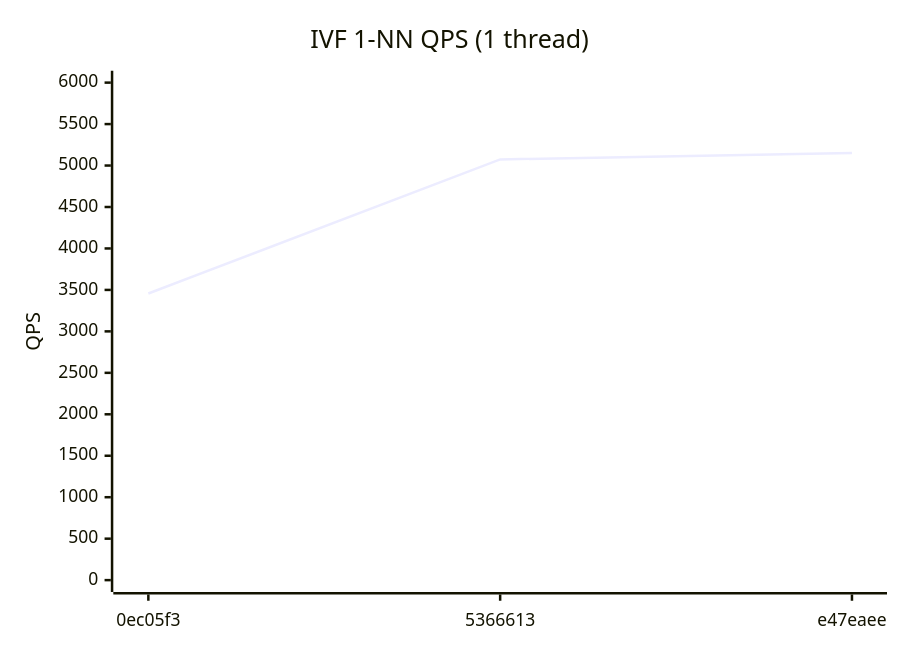
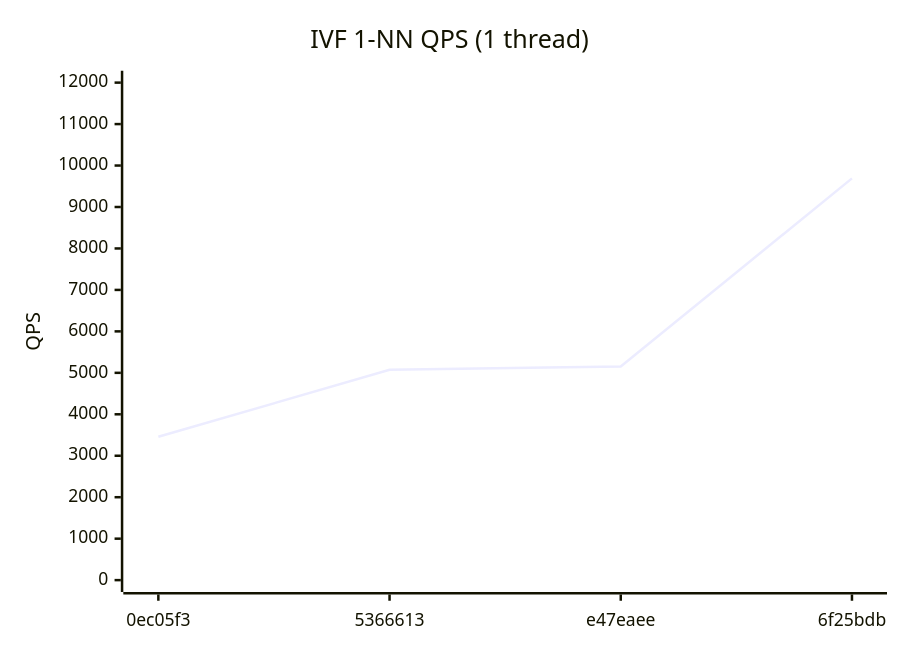
The third of 4 diagrams in benchmarks/REPORT.md (bibidhSubedi0/RedBoxDb), drawn with Mermaid before and after one commit. The commit also changed other lines of this file and 1 other file, not shown here.

Commit message:
bench: update performance report [6f25bdb] [skip ci]

````diff
--- a/benchmarks/REPORT.md
+++ b/benchmarks/REPORT.md
@@ -39,7 +39,7 @@
 ```mermaid
 xychart-beta
   title "IVF 1-NN QPS (1 thread)"
-  x-axis ["0ec05f3", "5366613", "e47eaee"]
-  y-axis "QPS" 0 --> 6000
-  line [3457, 5074, 5151]
+  x-axis ["0ec05f3", "5366613", "e47eaee", "6f25bdb"]
+  y-axis "QPS" 0 --> 12000
+  line [3457, 5074, 5151, 9690]
 ```
````
